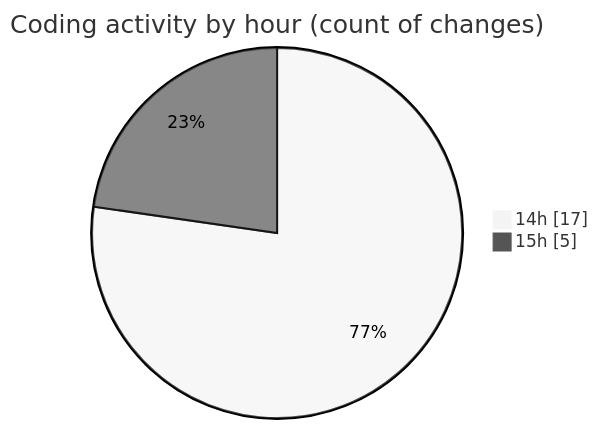
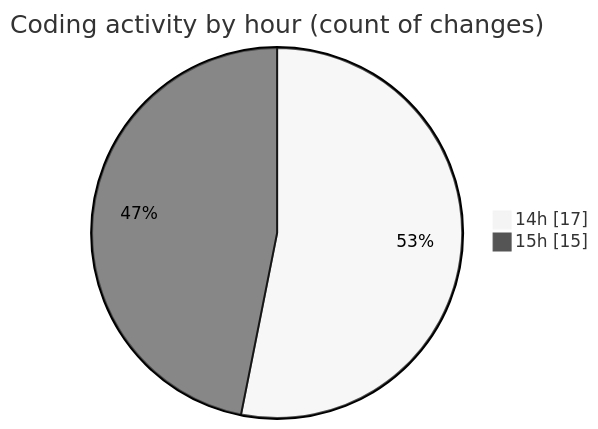
One commit to donsfak/code-tracking changed the second of 2 diagrams in 2025-04-10/trackers_app/README.md. Above: the diagram before and after it, drawn with Mermaid (neutral theme). The commit also changed other lines of this file and 1 other file, not shown here.

````diff
--- a/2025-04-10/trackers_app/README.md
+++ b/2025-04-10/trackers_app/README.md
@@ -35,6 +40,6 @@
 ```mermaid
 pie showData
 title Coding activity by hour (count of changes)
 "14h" : 17
-"15h" : 5
+"15h" : 15
 ```
````
